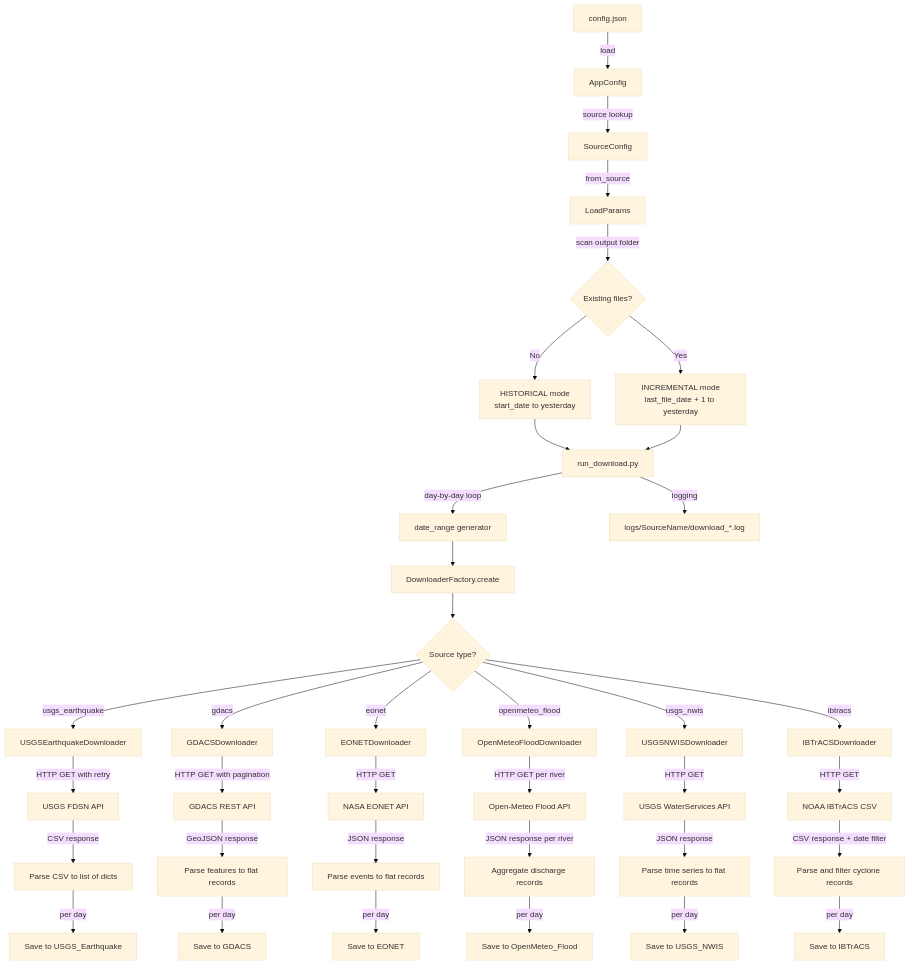
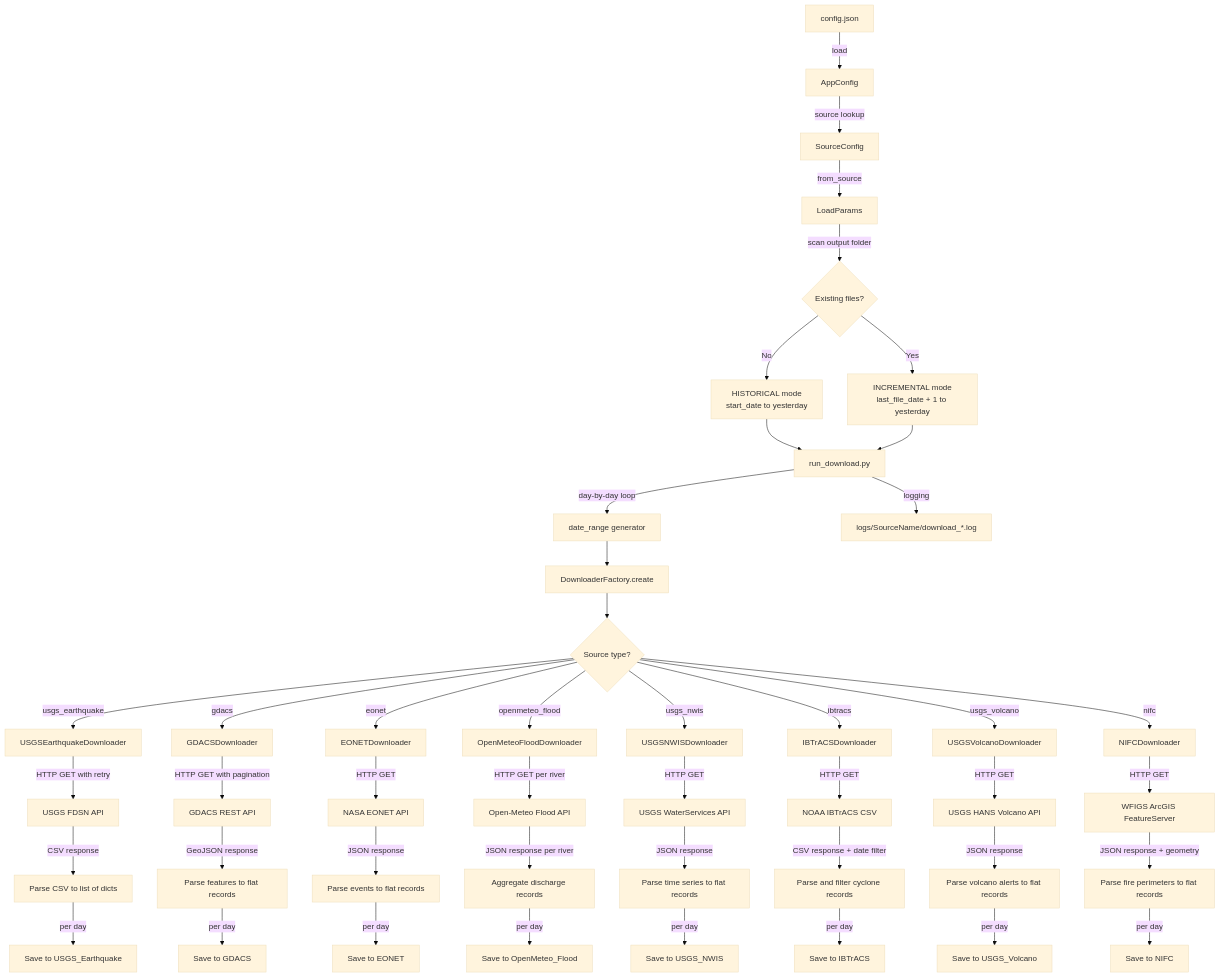
Before and after one commit to kaluzny1995/GEO_Download: the diagram in README.md, drawn with Mermaid (base theme). The commit also changed other lines of this file and 7 other files, not shown here.

Commit message:
New datasources USGS_Volcano and NIFC

````diff
--- a/README.md
+++ b/README.md
@@ -338,39 +392,47 @@
 ```mermaid
 flowchart TD
     A[config.json] -->|load| B[AppConfig]
     B -->|source lookup| C[SourceConfig]
     C -->|from_source| D[LoadParams]
     D -->|scan output folder| E{Existing files?}
     E -->|No| F[HISTORICAL mode<br/>start_date to yesterday]
     E -->|Yes| G[INCREMENTAL mode<br/>last_file_date + 1 to yesterday]
     F --> H[run_download.py]
     G --> H
     H -->|day-by-day loop| I[date_range generator]
     I --> J[DownloaderFactory.create]
     J --> K{Source type?}
     K -->|usgs_earthquake| L[USGSEarthquakeDownloader]
     K -->|gdacs| M[GDACSDownloader]
     K -->|eonet| N[EONETDownloader]
     K -->|openmeteo_flood| O[OpenMeteoFloodDownloader]
     K -->|usgs_nwis| P[USGSNWISDownloader]
     K -->|ibtracs| IB[IBTrACSDownloader]
+    K -->|usgs_volcano| UV[USGSVolcanoDownloader]
+    K -->|nifc| NF[NIFCDownloader]
     L -->|HTTP GET with retry| Q[USGS FDSN API]
     M -->|HTTP GET with pagination| R[GDACS REST API]
     N -->|HTTP GET| S[NASA EONET API]
     O -->|HTTP GET per river| T[Open-Meteo Flood API]
     P -->|HTTP GET| U[USGS WaterServices API]
     IB -->|HTTP GET| V2[NOAA IBTrACS CSV]
+    UV -->|HTTP GET| V4[USGS HANS Volcano API]
+    NF -->|HTTP GET| V5[WFIGS ArcGIS FeatureServer]
     Q -->|CSV response| V[Parse CSV to list of dicts]
     R -->|GeoJSON response| W[Parse features to flat records]
     S -->|JSON response| X[Parse events to flat records]
     T -->|JSON response per river| Y[Aggregate discharge records]
     U -->|JSON response| Z[Parse time series to flat records]
     V2 -->|CSV response + date filter| V3[Parse and filter cyclone records]
+    V4 -->|JSON response| V6[Parse volcano alerts to flat records]
+    V5 -->|JSON response + geometry| V7[Parse fire perimeters to flat records]
     V -->|per day| AA[Save to USGS_Earthquake]
     W -->|per day| AB[Save to GDACS]
     X -->|per day| AC[Save to EONET]
     Y -->|per day| AD[Save to OpenMeteo_Flood]
     Z -->|per day| AE[Save to USGS_NWIS]
     V3 -->|per day| AF2[Save to IBTrACS]
+    V6 -->|per day| AG[Save to USGS_Volcano]
+    V7 -->|per day| AH[Save to NIFC]
     H -->|logging| AF[logs/SourceName/download_*.log]
 ```
````
